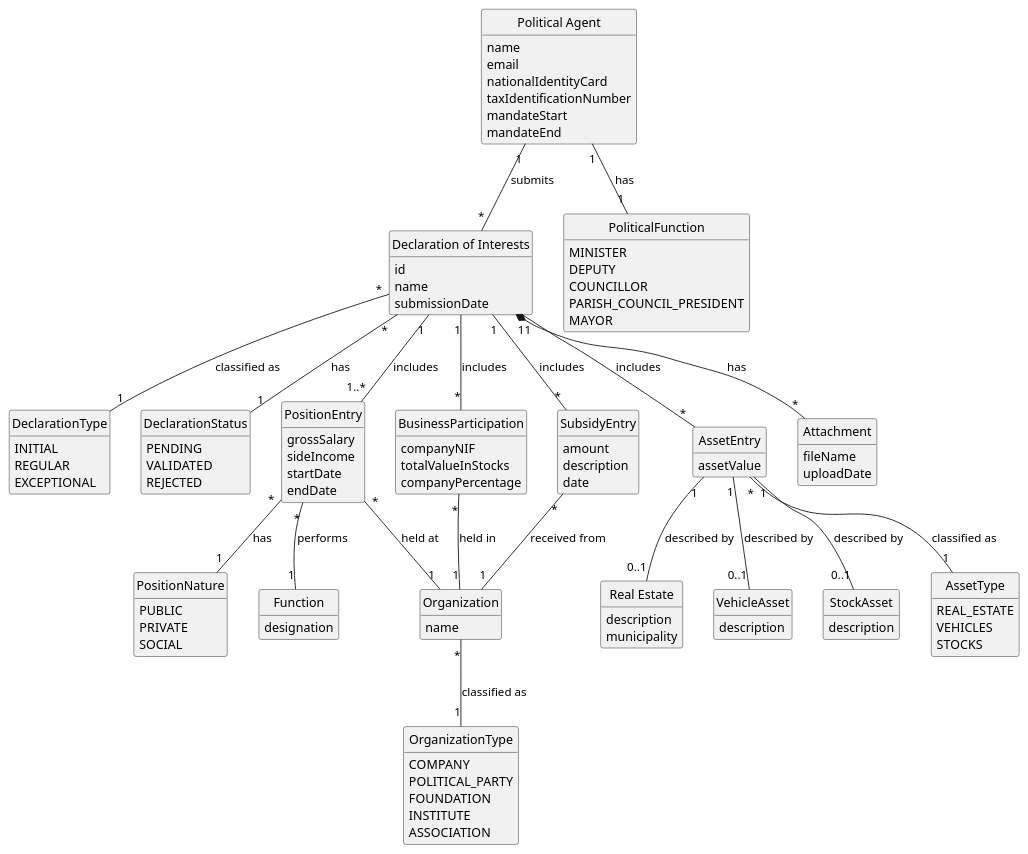
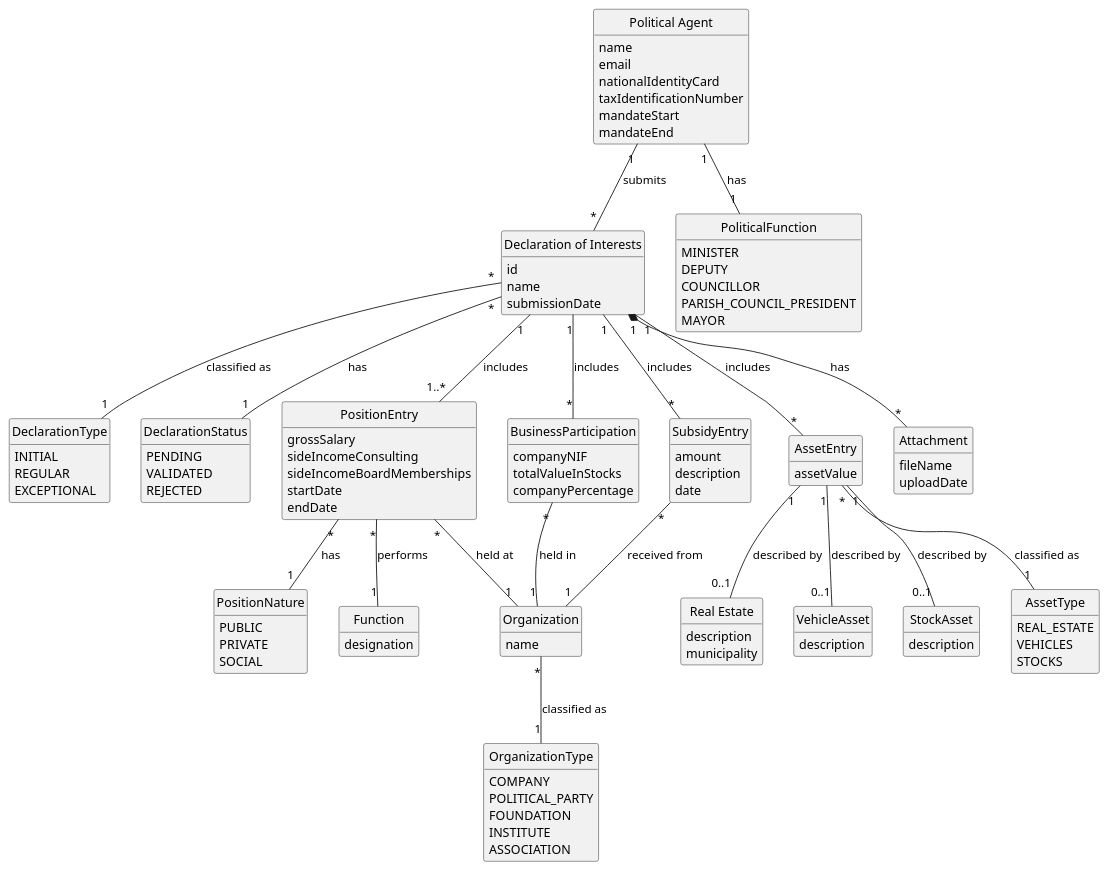
Before and after one commit to brunodspinto/crystal-clear-platform: the diagram in docs/system-documentation/US06/02.analysis/puml/US06-DM.puml, drawn with PlantUML. The commit also changed 10 other files, not shown here.

Commit message:
US06 - split PositionEntry sideIncome #7

```diff
--- a/docs/system-documentation/US06/02.analysis/puml/US06-DM.puml
+++ b/docs/system-documentation/US06/02.analysis/puml/US06-DM.puml
@@ -1,140 +1,141 @@
 @startuml US06-DM
 skinparam monochrome true
 skinparam packageStyle rectangle
 skinparam shadowing false
 skinparam classAttributeIconSize 0
 
 hide circle
 hide methods
 
 class "Political Agent" as PoliticalAgent {
     name
     email
     nationalIdentityCard
     taxIdentificationNumber
     mandateStart
     mandateEnd
 }
 
 class "Declaration of Interests" as Declaration {
     id
     name
     submissionDate
 }
 
 enum DeclarationType {
     INITIAL
     REGULAR
     EXCEPTIONAL
 }
 
 enum DeclarationStatus {
     PENDING
     VALIDATED
     REJECTED
 }
 
 enum PoliticalFunction {
     MINISTER
     DEPUTY
     COUNCILLOR
     PARISH_COUNCIL_PRESIDENT
     MAYOR
 }
 
 class PositionEntry {
     grossSalary
-    sideIncome
+    sideIncomeConsulting
+    sideIncomeBoardMemberships
     startDate
     endDate
 }
 
 enum PositionNature {
     PUBLIC
     PRIVATE
     SOCIAL
 }
 
 class Function {
     designation
 }
 
 class Organization {
     name
 }
 
 enum OrganizationType {
     COMPANY
     POLITICAL_PARTY
     FOUNDATION
     INSTITUTE
     ASSOCIATION
 }
 
 class SubsidyEntry {
     amount
     description
     date
 }
 
 class AssetEntry {
     assetValue
 }
 
 enum AssetType {
     REAL_ESTATE
     VEHICLES
     STOCKS
 }
 
 class "Real Estate" as RealEstate {
     description
     municipality
 }
 
 class VehicleAsset {
     description
 }
 
 class StockAsset {
     description
 }
 
 class BusinessParticipation {
     companyNIF
     totalValueInStocks
     companyPercentage
 }
 
 class Attachment {
     fileName
     uploadDate
 }
 
 PoliticalAgent "1" -- "1" PoliticalFunction : has
 PoliticalAgent "1" -- "*" Declaration : submits
 
 Declaration "*" -- "1" DeclarationType : classified as
 Declaration "*" -- "1" DeclarationStatus : has
 Declaration "1" -- "1..*" PositionEntry : includes
 Declaration "1" -- "*" SubsidyEntry : includes
 Declaration "1" -- "*" AssetEntry : includes
 Declaration "1" -- "*" BusinessParticipation : includes
 Declaration "1" *-- "*" Attachment : has
 
 PositionEntry "*" -- "1" Organization : held at
 PositionEntry "*" -- "1" Function : performs
 PositionEntry "*" -- "1" PositionNature : has
 
 Organization "*" -- "1" OrganizationType : classified as
 
 SubsidyEntry "*" -- "1" Organization : received from
 
 AssetEntry "*" -- "1" AssetType : classified as
 AssetEntry "1" -- "0..1" RealEstate : described by
 AssetEntry "1" -- "0..1" VehicleAsset : described by
 AssetEntry "1" -- "0..1" StockAsset : described by
 
 BusinessParticipation "*" -- "1" Organization : held in
 
 @enduml
```
